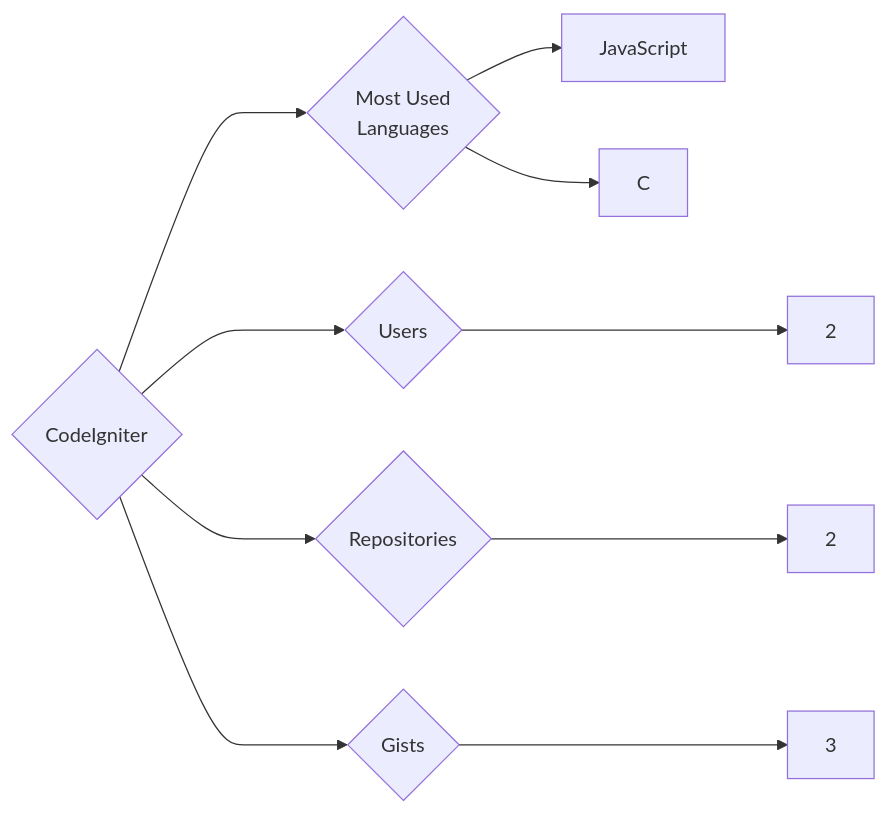
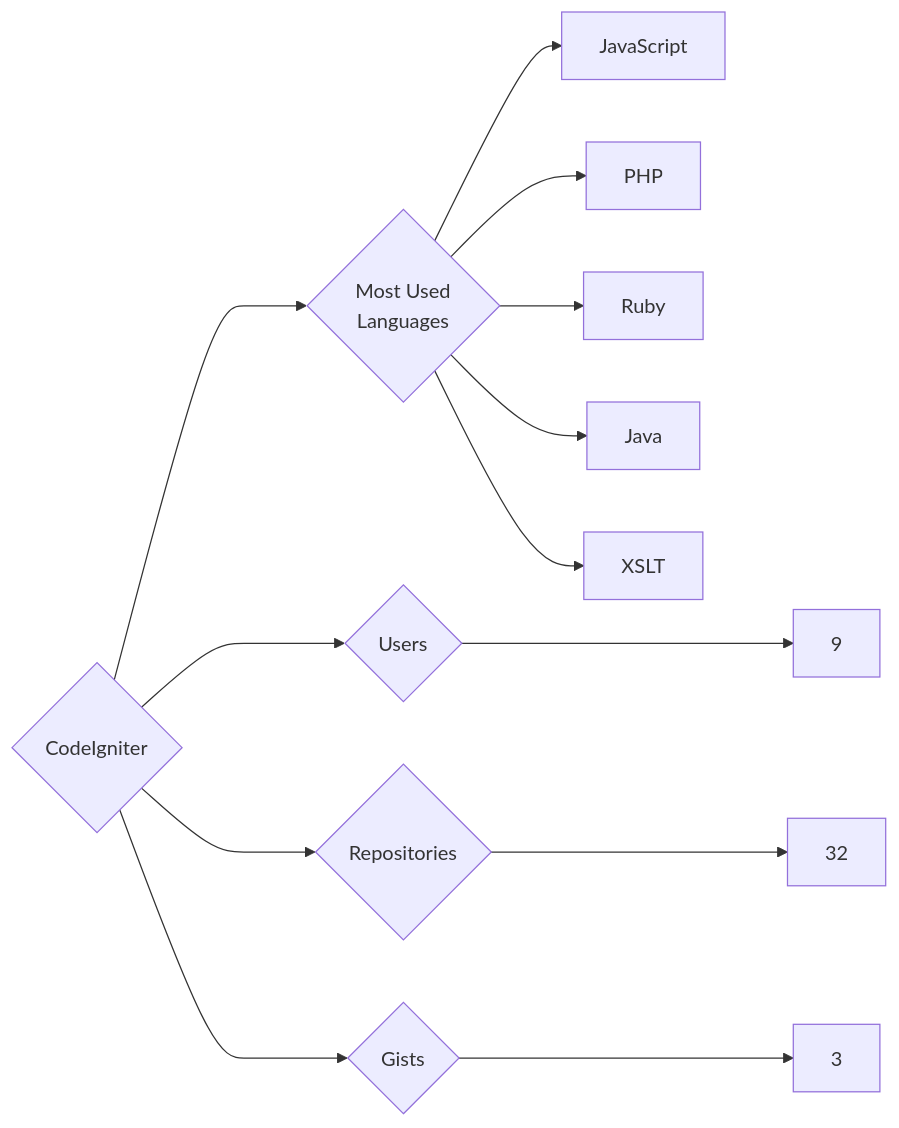
One commit to trickest/insiders changed the diagram in targets/CodeIgniter/README.md. Above: the diagram before and after it, drawn with Mermaid. The commit also changed 988 other files, not shown here.

````diff
--- a/targets/CodeIgniter/README.md
+++ b/targets/CodeIgniter/README.md
@@ -3,10 +3,13 @@
 ```mermaid
 graph LR
 COMPANY_NAME{CodeIgniter}
-COMPANY_NAME ---> U{Users} ---> UN[2]
-COMPANY_NAME ---> R{Repositories} ---> RN[2]
+COMPANY_NAME ---> U{Users} ---> UN[9]
+COMPANY_NAME ---> R{Repositories} ---> RN[32]
 COMPANY_NAME ---> G{Gists} ---> GN[3]
 COMPANY_NAME ---> ML{Most Used<br>Languages}
 ML --> JavaScript[JavaScript]
-ML --> C[C]
+ML --> PHP[PHP]
+ML --> Ruby[Ruby]
+ML --> Java[Java]
+ML --> XSLT[XSLT]
 ```
````
